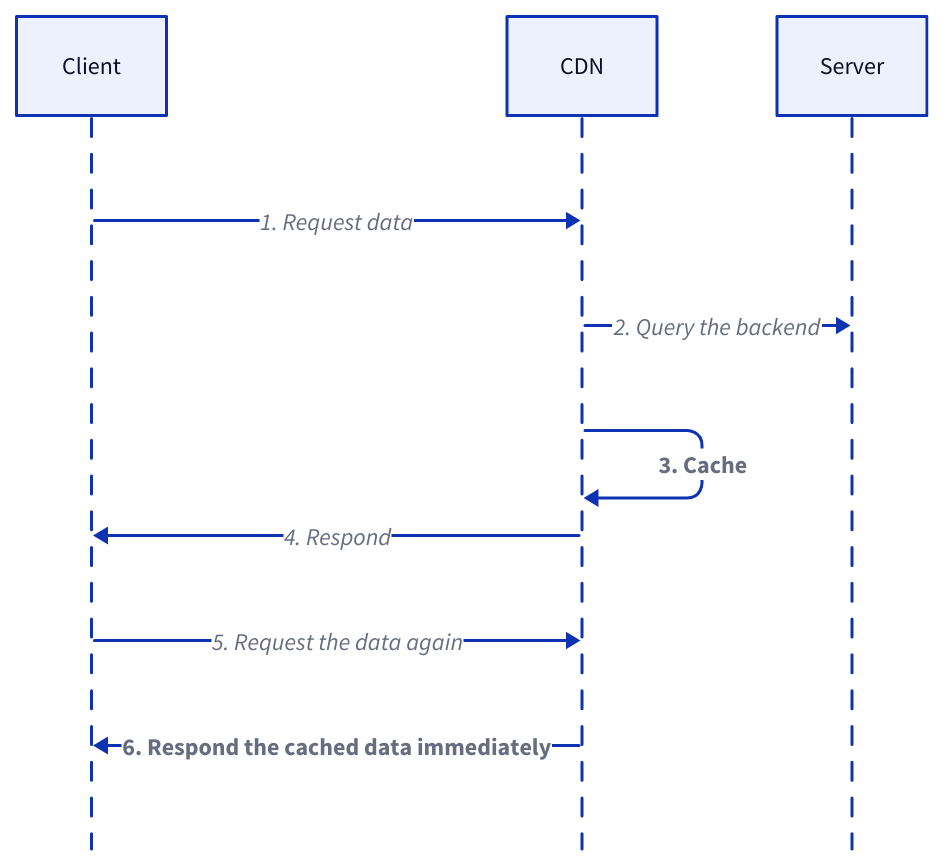
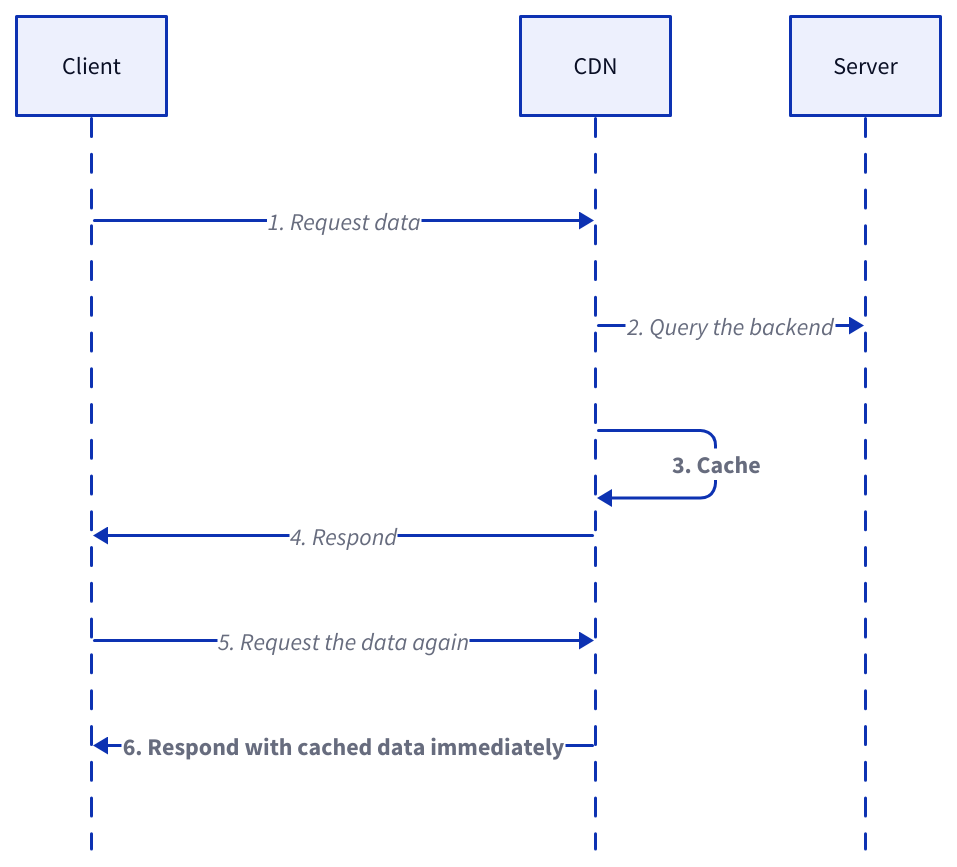
Before and after one commit to link1905/system-design-101: diagram 16 of 19 in content/docs/data-persistence/media-storage.md, drawn with D2. The commit also changed other lines of this file and 7 other files, not shown here.

````diff
--- a/content/docs/data-persistence/media-storage.md
+++ b/content/docs/data-persistence/media-storage.md
@@ -539,23 +428,23 @@
 ```d2
 shape: sequence_diagram
 c: Client {
   class: client
 }
 cdn: CDN {
   class: cdn
 }
 b: Server {
   class: server
 }
 
 c -> cdn: 1. Request data
 cdn -> b: 2. Query the backend
 cdn -> cdn: 3. Cache {
   style.bold: true
 }
 cdn -> c: 4. Respond
 c -> cdn: 5. Request the data again
-cdn -> c: 6. Respond the cached data immediately {
+cdn -> c: 6. Respond with cached data immediately {
   style.bold: true
 }
 ```
````
